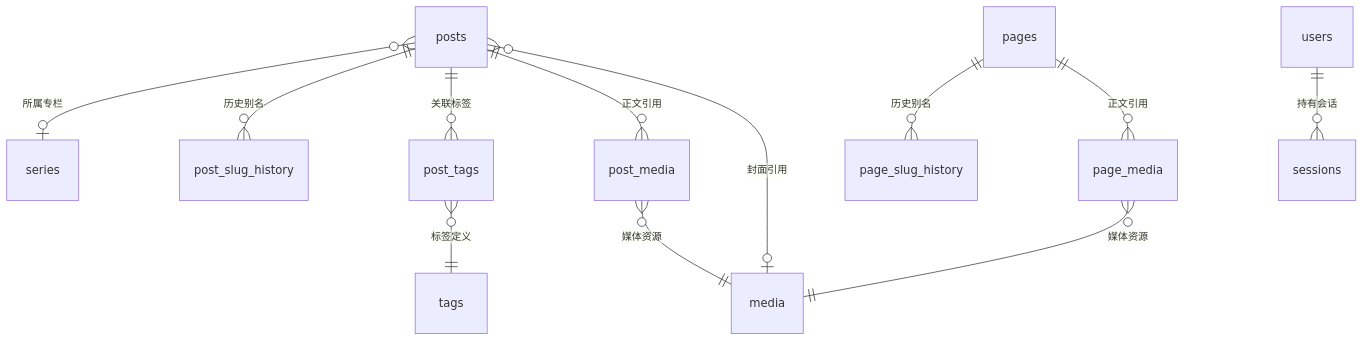
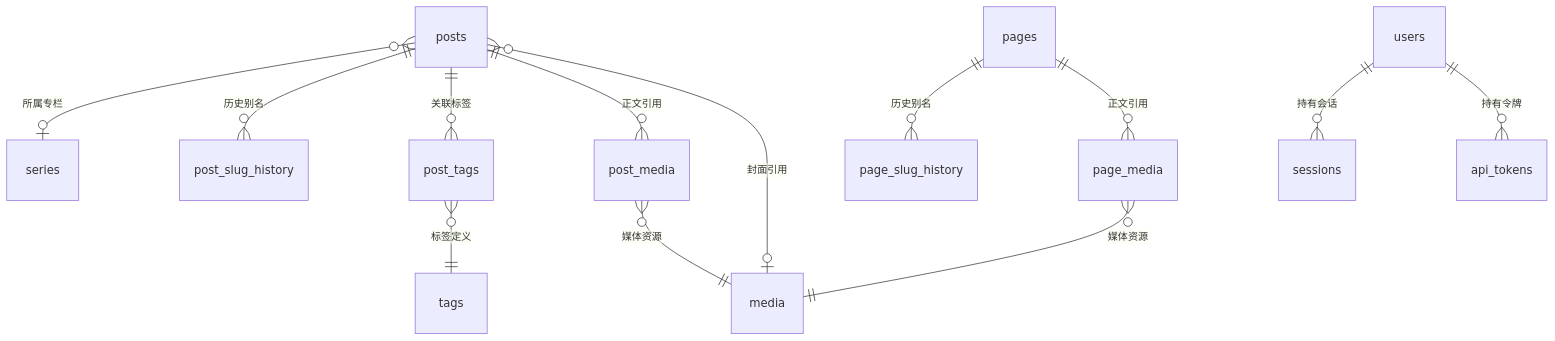
The diagram in docs/database-design.md (FaulknerWu/blog), drawn with Mermaid before and after one commit. The commit also changed other lines of this file and 2 other files, not shown here.

Commit message:
docs: document server-side rendering, API tokens and the CLI

````diff
--- a/docs/database-design.md
+++ b/docs/database-design.md
@@ -21,14 +21,15 @@
 ```mermaid
 erDiagram
     posts }o--o| series : "所属专栏"
     posts ||--o{ post_slug_history : "历史别名"
     posts ||--o{ post_tags : "关联标签"
     post_tags }o--|| tags : "标签定义"
     posts ||--o{ post_media : "正文引用"
     post_media }o--|| media : "媒体资源"
     posts }o--o| media : "封面引用"
     pages ||--o{ page_slug_history : "历史别名"
     pages ||--o{ page_media : "正文引用"
     page_media }o--|| media : "媒体资源"
     users ||--o{ sessions : "持有会话"
+    users ||--o{ api_tokens : "持有令牌"
 ```
````
